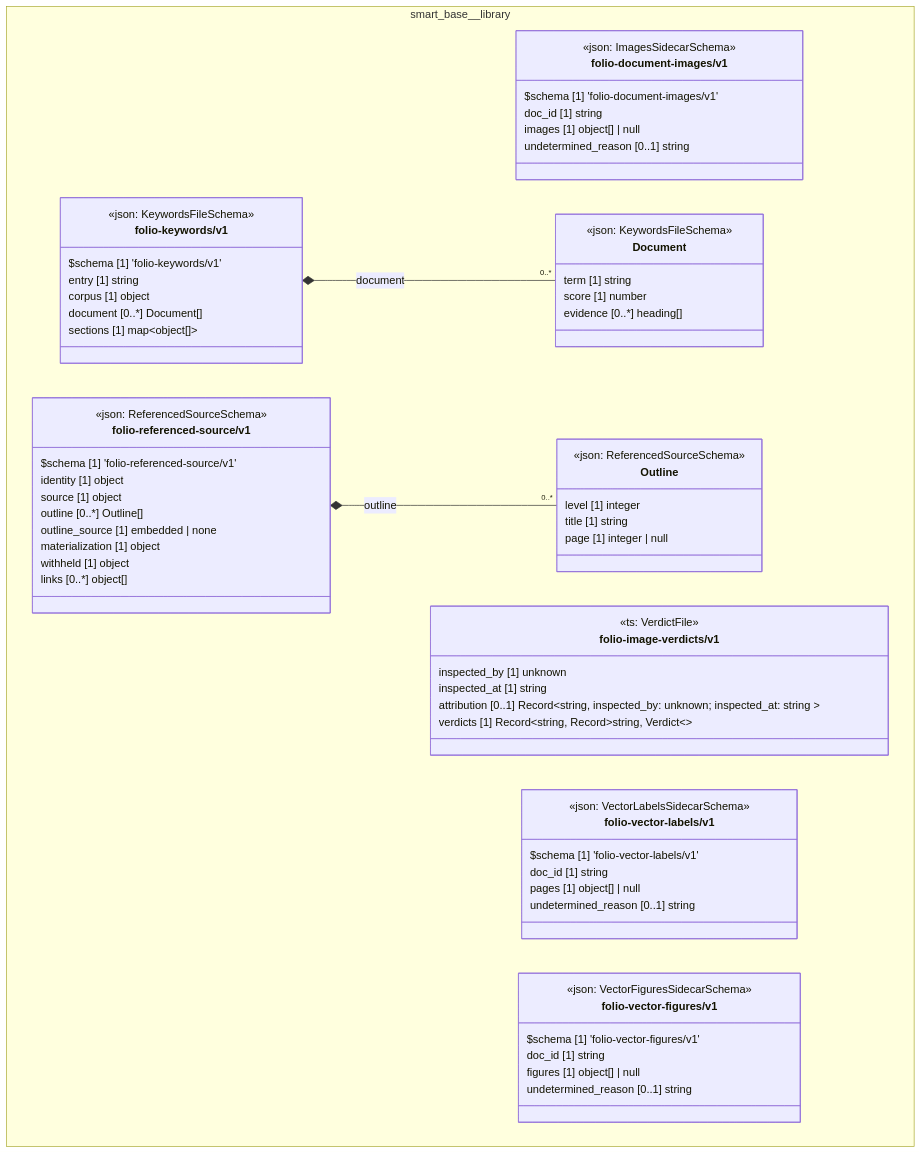
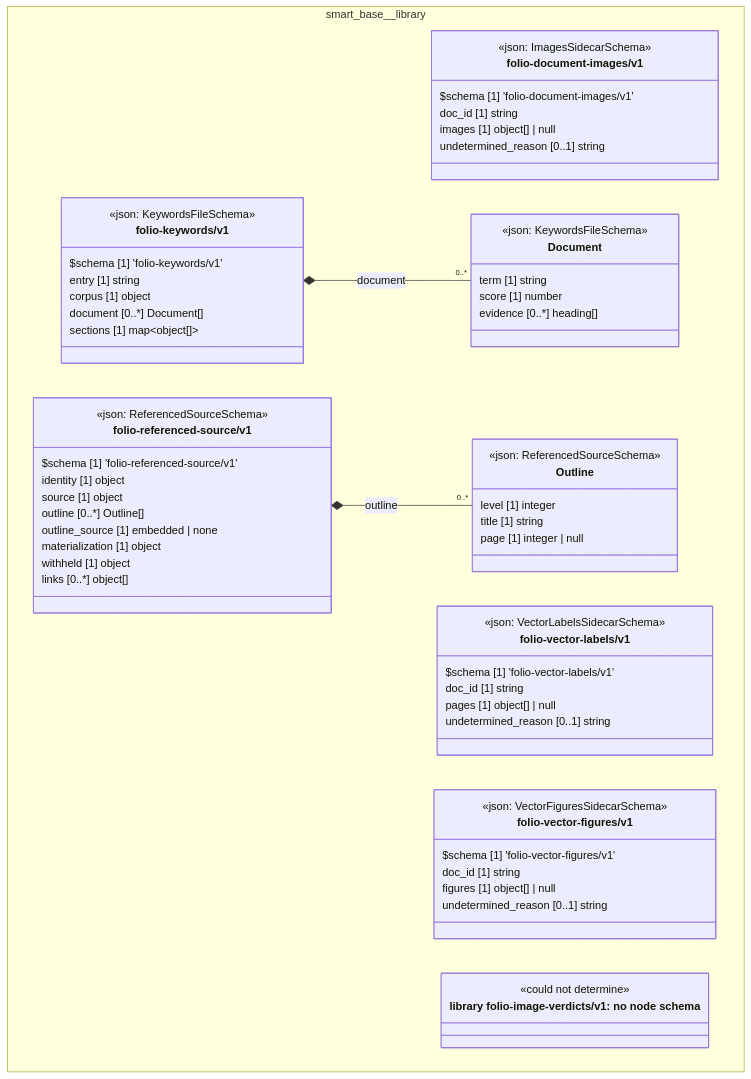
Before and after one commit to litlfred/cat-harness: the diagram in docs/uml/overview/smart-base/library.md, drawn with Mermaid. The commit also changed other lines of this file and 2545 other files, not shown here.

````diff
--- a/docs/uml/overview/smart-base/library.md
+++ b/docs/uml/overview/smart-base/library.md
@@ -47,75 +47,72 @@
 ```mermaid
 classDiagram
   direction TB
   namespace smart_base__library {
     class smart_base_library_folio_document_images_v1_folio_document_images_v1["folio-document-images/v1"] {
       <<json: ImagesSidecarSchema>>
       $schema [1] 'folio-document-images/v1'
       doc_id [1] string
       images [1] object[] | null
       undetermined_reason [0..1] string
-    }
-    class smart_base_library_folio_image_verdicts_v1["folio-image-verdicts/v1"] {
-      <<ts: VerdictFile>>
-      inspected_by [1] unknown
-      inspected_at [1] string
-      attribution [0..1] Record~string,  inspected_by: unknown; inspected_at: string ~
-      verdicts [1] Record~string, Record~string, Verdict~~
     }
     class smart_base_library_folio_vector_labels_v1_folio_vector_labels_v1["folio-vector-labels/v1"] {
       <<json: VectorLabelsSidecarSchema>>
       $schema [1] 'folio-vector-labels/v1'
       doc_id [1] string
       pages [1] object[] | null
       undetermined_reason [0..1] string
     }
     class smart_base_library_folio_vector_figures_v1_folio_vector_figures_v1["folio-vector-figures/v1"] {
       <<json: VectorFiguresSidecarSchema>>
       $schema [1] 'folio-vector-figures/v1'
       doc_id [1] string
       figures [1] object[] | null
       undetermined_reason [0..1] string
     }
     class smart_base_library_folio_keywords_v1_Document["Document"] {
       <<json: KeywordsFileSchema>>
       term [1] string
       score [1] number
       evidence [0..*] heading[]
     }
     class smart_base_library_folio_keywords_v1_folio_keywords_v1["folio-keywords/v1"] {
       <<json: KeywordsFileSchema>>
       $schema [1] 'folio-keywords/v1'
       entry [1] string
       corpus [1] object
       document [0..*] Document[]
       sections [1] map~object[]~
     }
     class smart_base_library_folio_referenced_source_v1_Outline["Outline"] {
       <<json: ReferencedSourceSchema>>
       level [1] integer
       title [1] string
       page [1] integer | null
     }
     class smart_base_library_folio_referenced_source_v1_folio_referenced_source_v1["folio-referenced-source/v1"] {
       <<json: ReferencedSourceSchema>>
       $schema [1] 'folio-referenced-source/v1'
       identity [1] object
       source [1] object
       outline [0..*] Outline[]
       outline_source [1] embedded | none
       materialization [1] object
       withheld [1] object
       links [0..*] object[]
     }
+    class n_smart_base_library_library_folio_image_verdicts_v1["library folio-image-verdicts/v1: no node schema"] {
+      <<could not determine>>
+    }
   }
   smart_base_library_folio_keywords_v1_folio_keywords_v1 *-- "0..*" smart_base_library_folio_keywords_v1_Document : document
   smart_base_library_folio_referenced_source_v1_folio_referenced_source_v1 *-- "0..*" smart_base_library_folio_referenced_source_v1_Outline : outline
   cssClass "smart_base_library_folio_document_images_v1_folio_document_images_v1" fa_uml_kind_library
-  cssClass "smart_base_library_folio_image_verdicts_v1" fa_uml_kind_library
   cssClass "smart_base_library_folio_vector_labels_v1_folio_vector_labels_v1" fa_uml_kind_library
   cssClass "smart_base_library_folio_vector_figures_v1_folio_vector_figures_v1" fa_uml_kind_library
   cssClass "smart_base_library_folio_keywords_v1_Document" fa_uml_kind_library
   cssClass "smart_base_library_folio_keywords_v1_folio_keywords_v1" fa_uml_kind_library
   cssClass "smart_base_library_folio_referenced_source_v1_Outline" fa_uml_kind_library
   cssClass "smart_base_library_folio_referenced_source_v1_folio_referenced_source_v1" fa_uml_kind_library
+  cssClass "n_smart_base_library_library_folio_image_verdicts_v1" fa_uml_kind_library_folio_image_verdicts_v1
+  cssClass "n_smart_base_library_library_folio_image_verdicts_v1" fa_uml_undetermined
 ```
````
